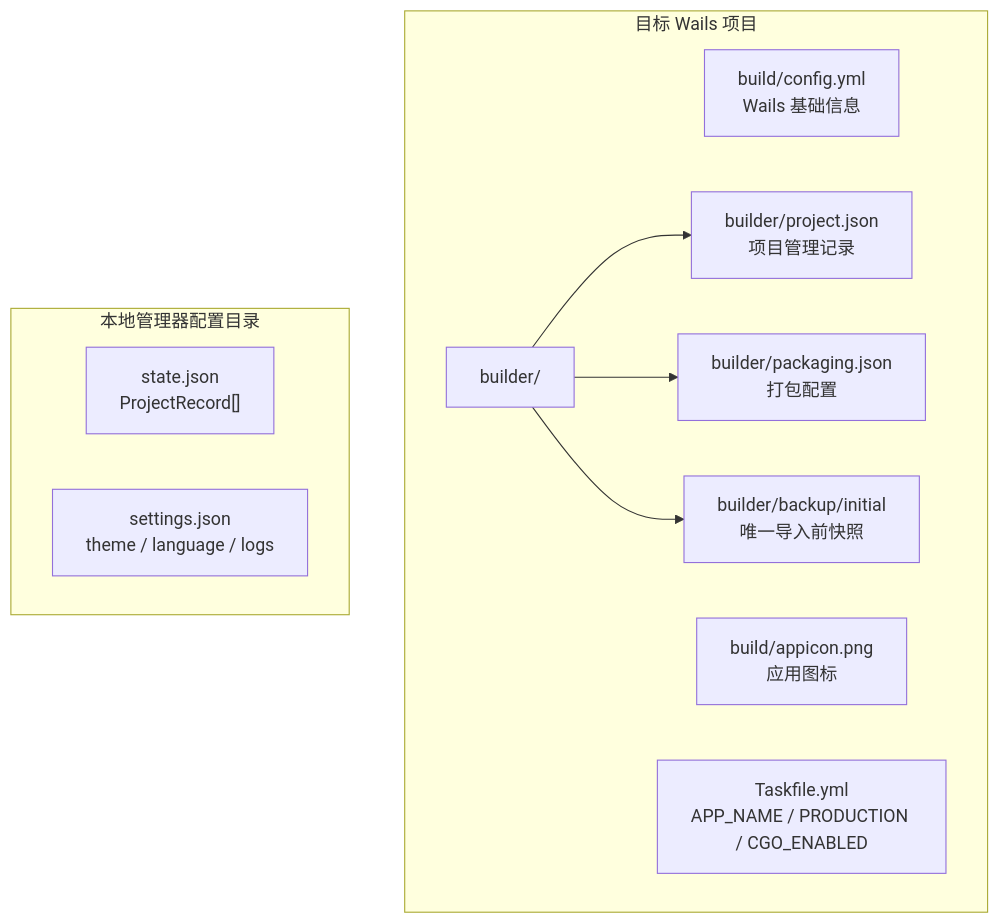
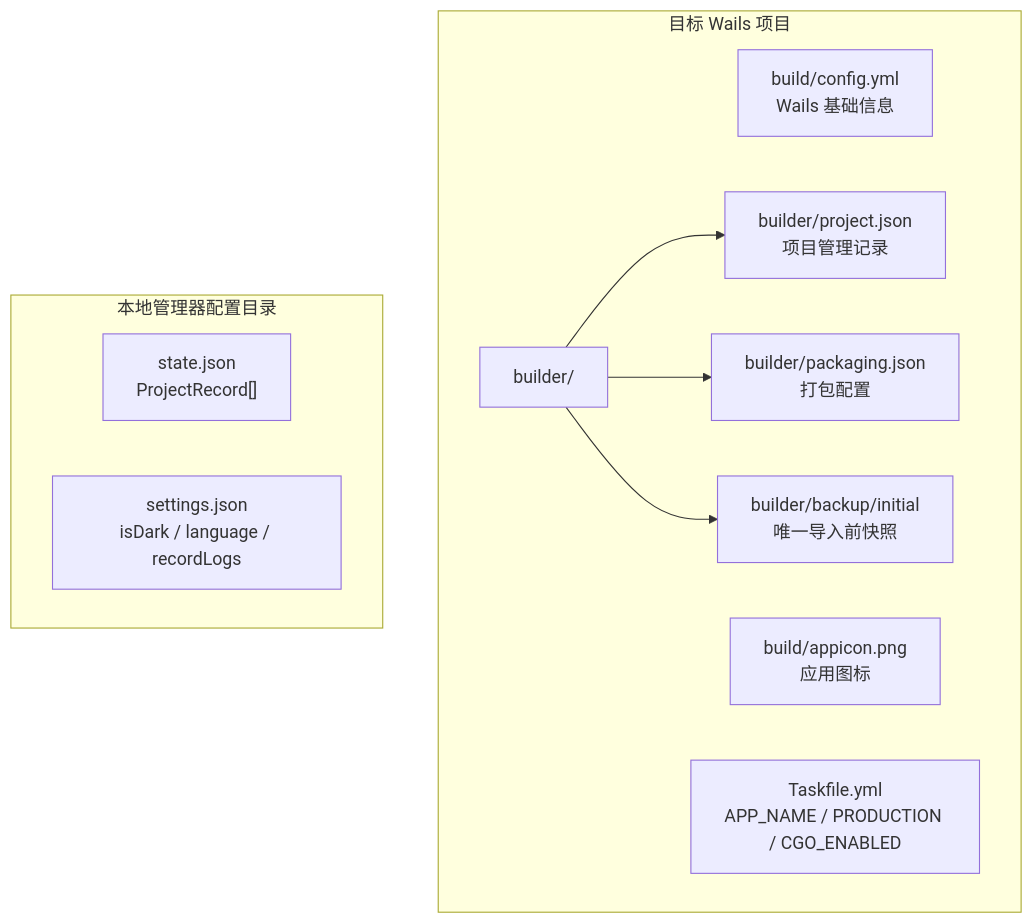
One commit to Peiratooo/Wails3-Manager changed the third of 6 diagrams in docs/ILLUSTRATED_GUIDE.md. Above: the diagram before and after it, drawn with Mermaid. The commit also changed other lines of this file and 79 other files, not shown here.

````diff
--- a/docs/ILLUSTRATED_GUIDE.md
+++ b/docs/ILLUSTRATED_GUIDE.md
@@ -102,21 +105,21 @@
 ```mermaid
 flowchart TB
   subgraph ProjectDir["目标 Wails 项目"]
     Build["build/config.yml<br/>Wails 基础信息"]
     Icon["build/appicon.png<br/>应用图标"]
     Taskfile["Taskfile.yml<br/>APP_NAME / PRODUCTION / CGO_ENABLED"]
     Builder["builder/"]
     ProjectJSON["builder/project.json<br/>项目管理记录"]
     PackagingJSON["builder/packaging.json<br/>打包配置"]
     Backup["builder/backup/initial<br/>唯一导入前快照"]
   end
 
   subgraph UserConfig["本地管理器配置目录"]
     StateJSON["state.json<br/>ProjectRecord[]"]
-    SettingsJSON["settings.json<br/>theme / language / logs"]
+    SettingsJSON["settings.json<br/>isDark / language / recordLogs"]
   end
 
   Builder --> ProjectJSON
   Builder --> PackagingJSON
   Builder --> Backup
 ```
````
